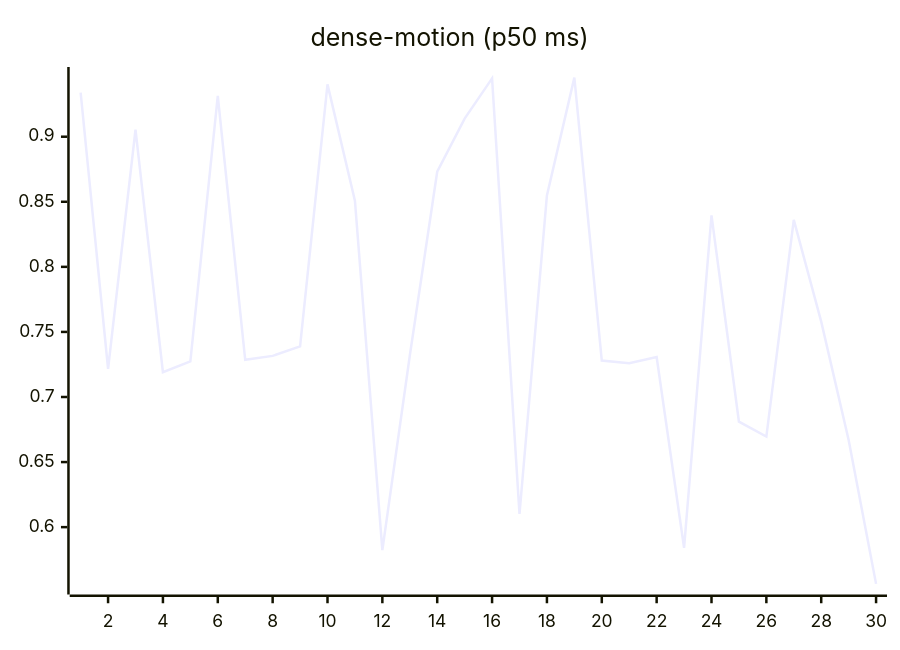
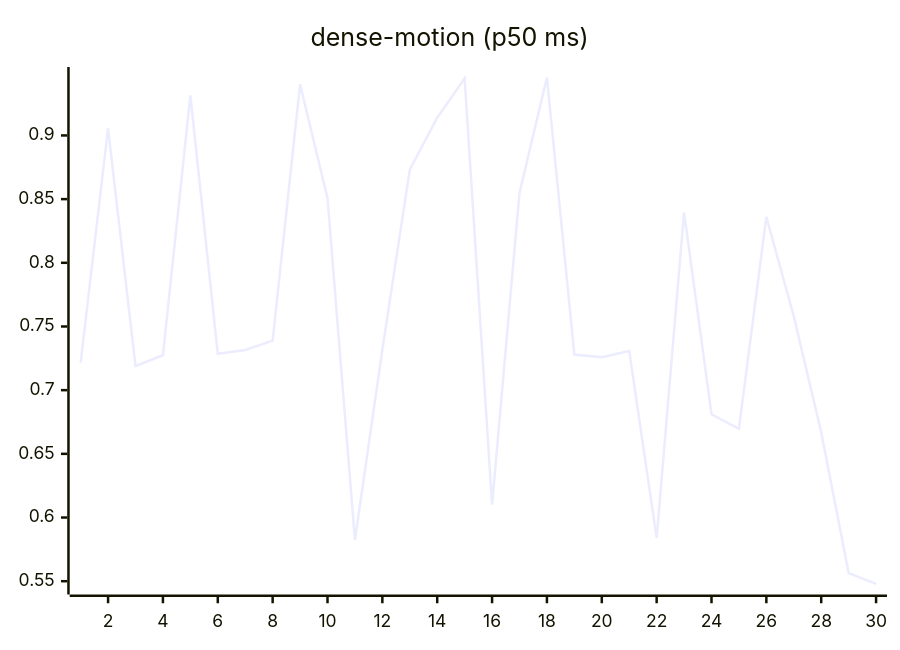
The ninth of 27 diagrams in README.md (josha/Facet), drawn with Mermaid before and after one commit. The commit also changed other lines of this file and 2 other files, not shown here.

````diff
--- a/README.md
+++ b/README.md
@@ -119,6 +119,6 @@
 ```mermaid
 xychart-beta
     title "dense-motion (p50 ms)"
     x-axis 1 --> 30
-    line [0.9338, 0.7216, 0.9055, 0.7190, 0.7274, 0.9314, 0.7286, 0.7316, 0.7389, 0.9402, 0.8508, 0.5823, 0.7317, 0.8731, 0.9139, 0.9448, 0.6101, 0.8549, 0.9454, 0.7280, 0.7259, 0.7307, 0.5841, 0.8396, 0.6811, 0.6696, 0.8361, 0.7579, 0.6670, 0.5564]
+    line [0.7216, 0.9055, 0.7190, 0.7274, 0.9314, 0.7286, 0.7316, 0.7389, 0.9402, 0.8508, 0.5823, 0.7317, 0.8731, 0.9139, 0.9448, 0.6101, 0.8549, 0.9454, 0.7280, 0.7259, 0.7307, 0.5841, 0.8396, 0.6811, 0.6696, 0.8361, 0.7579, 0.6670, 0.5564, 0.5479]
 ```
````
